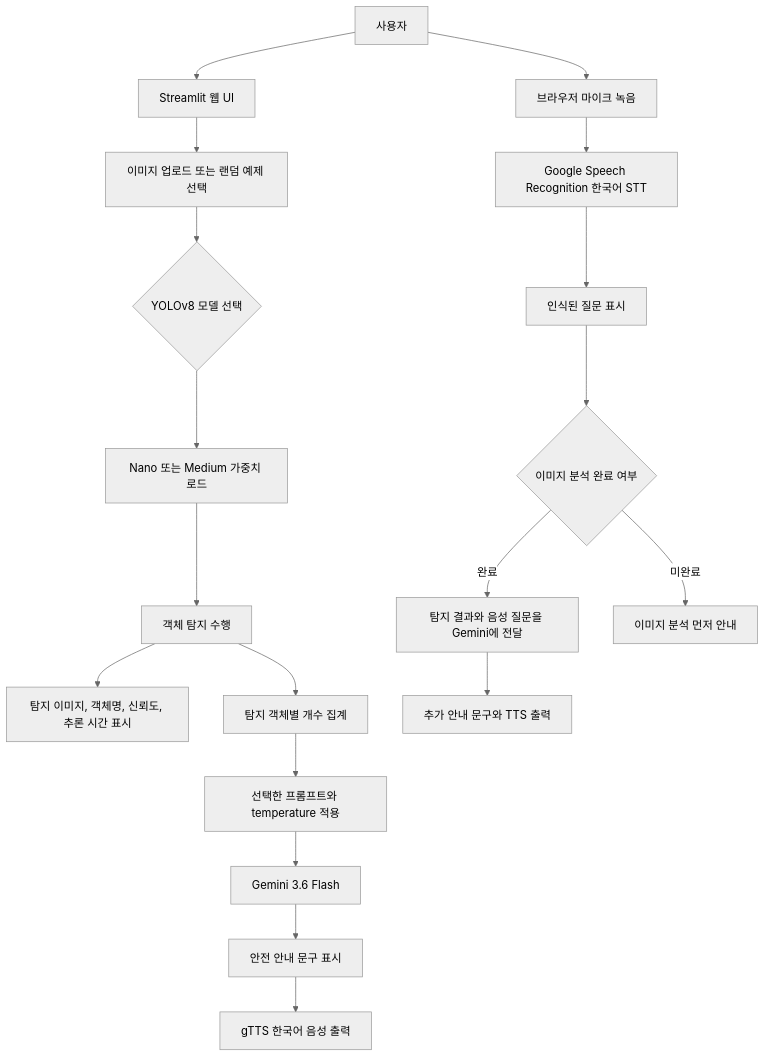
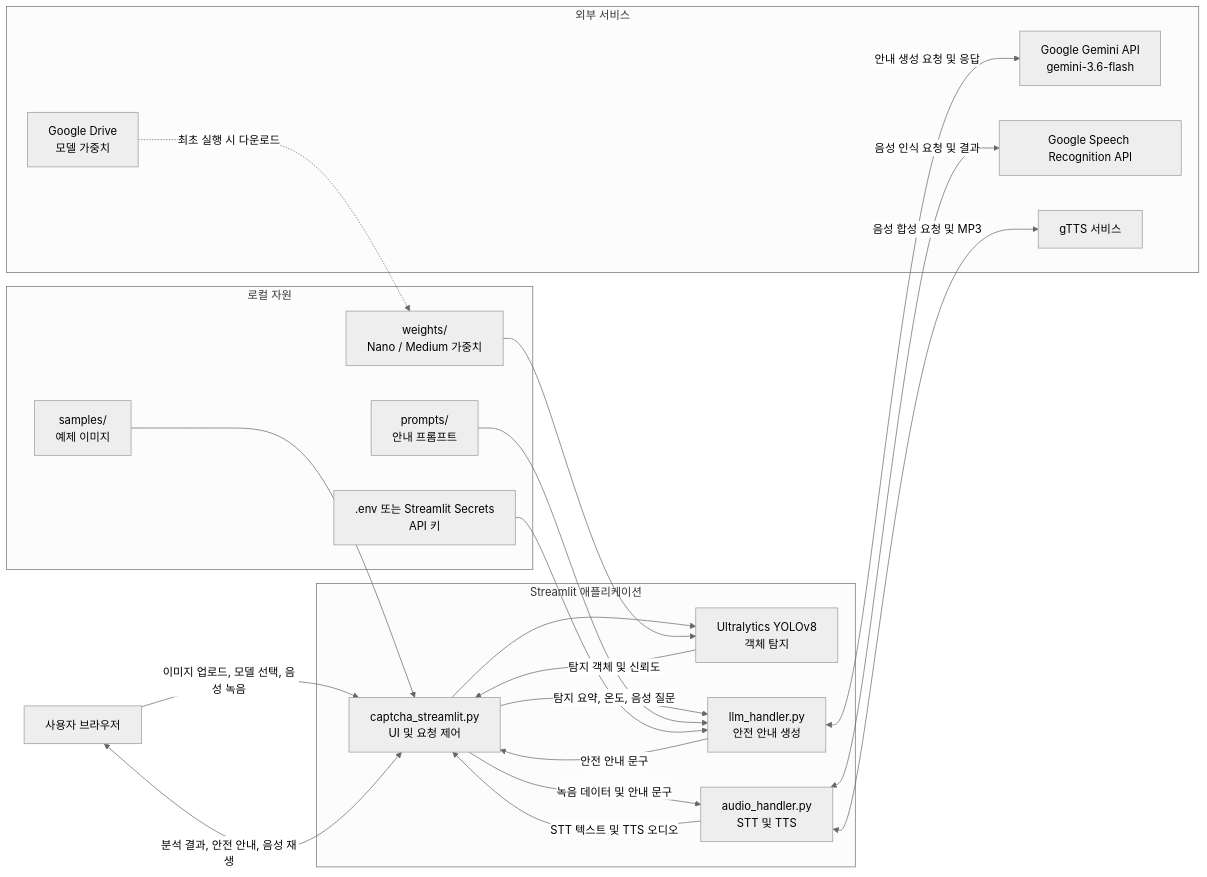
The diagram in README.md (SungJin-Park530/DLPRJ), drawn with Mermaid (neutral theme) before and after one commit.

Commit message:
ReadMe Update

````diff
--- a/README.md
+++ b/README.md
@@ -84,22 +84,42 @@
 ```mermaid
-flowchart TD
-    A[사용자] --> B[Streamlit 웹 UI]
-    B --> C[이미지 업로드 또는 랜덤 예제 선택]
-    C --> D{YOLOv8 모델 선택}
-    D --> E[Nano 또는 Medium 가중치 로드]
-    E --> F[객체 탐지 수행]
-    F --> G[탐지 이미지, 객체명, 신뢰도, 추론 시간 표시]
-    F --> H[탐지 객체별 개수 집계]
-    H --> I[선택한 프롬프트와 temperature 적용]
-    I --> J[Gemini 3.6 Flash]
-    J --> K[안전 안내 문구 표시]
-    K --> L[gTTS 한국어 음성 출력]
+flowchart LR
+    User[사용자 브라우저]
 
-    A --> M[브라우저 마이크 녹음]
-    M --> N[Google Speech Recognition 한국어 STT]
-    N --> O[인식된 질문 표시]
-    O --> P{이미지 분석 완료 여부}
-    P -->|완료| Q[탐지 결과와 음성 질문을 Gemini에 전달]
-    P -->|미완료| R[이미지 분석 먼저 안내]
-    Q --> S[추가 안내 문구와 TTS 출력]
+    subgraph App[Streamlit 애플리케이션]
+        UI[captcha_streamlit.py<br/>UI 및 요청 제어]
+        YOLO[Ultralytics YOLOv8<br/>객체 탐지]
+        LLM[llm_handler.py<br/>안전 안내 생성]
+        Audio[audio_handler.py<br/>STT 및 TTS]
+    end
+
+    subgraph Local[로컬 자원]
+        Samples[samples/<br/>예제 이미지]
+        Weights[weights/<br/>Nano / Medium 가중치]
+        Prompts[prompts/<br/>안내 프롬프트]
+        Secrets[.env 또는 Streamlit Secrets<br/>API 키]
+    end
+
+    subgraph External[외부 서비스]
+        Drive[Google Drive<br/>모델 가중치]
+        Gemini[Google Gemini API<br/>gemini-3.6-flash]
+        STT[Google Speech Recognition API]
+        TTS[gTTS 서비스]
+    end
+
+    User -->|이미지 업로드, 모델 선택, 음성 녹음| UI
+    UI <-->|분석 결과, 안전 안내, 음성 재생| User
+    Samples --> UI
+    UI --> YOLO
+    Weights --> YOLO
+    Drive -. 최초 실행 시 다운로드 .-> Weights
+    YOLO -->|탐지 객체 및 신뢰도| UI
+    UI -->|탐지 요약, 온도, 음성 질문| LLM
+    Prompts --> LLM
+    Secrets --> LLM
+    LLM <-->|안내 생성 요청 및 응답| Gemini
+    LLM -->|안전 안내 문구| UI
+    UI -->|녹음 데이터 및 안내 문구| Audio
+    Audio <-->|음성 인식 요청 및 결과| STT
+    Audio <-->|음성 합성 요청 및 MP3| TTS
+    Audio -->|STT 텍스트 및 TTS 오디오| UI
 ```
````
